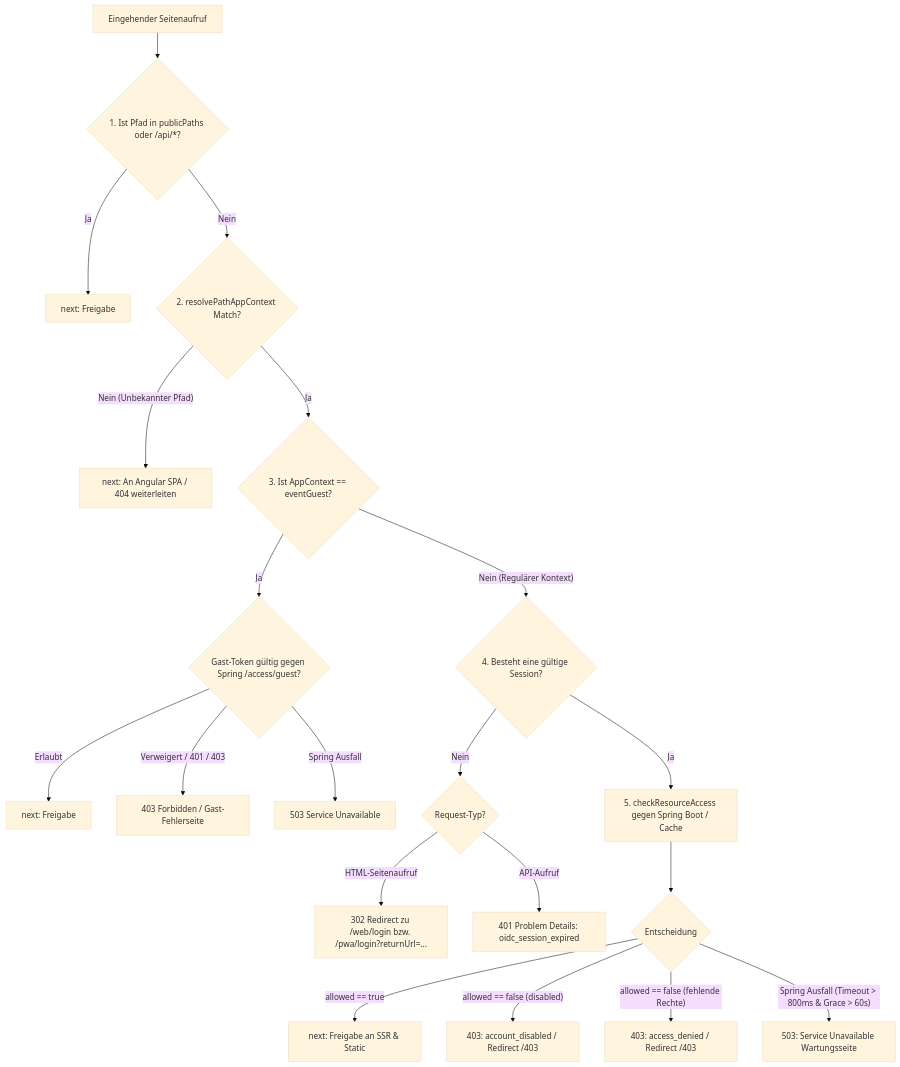
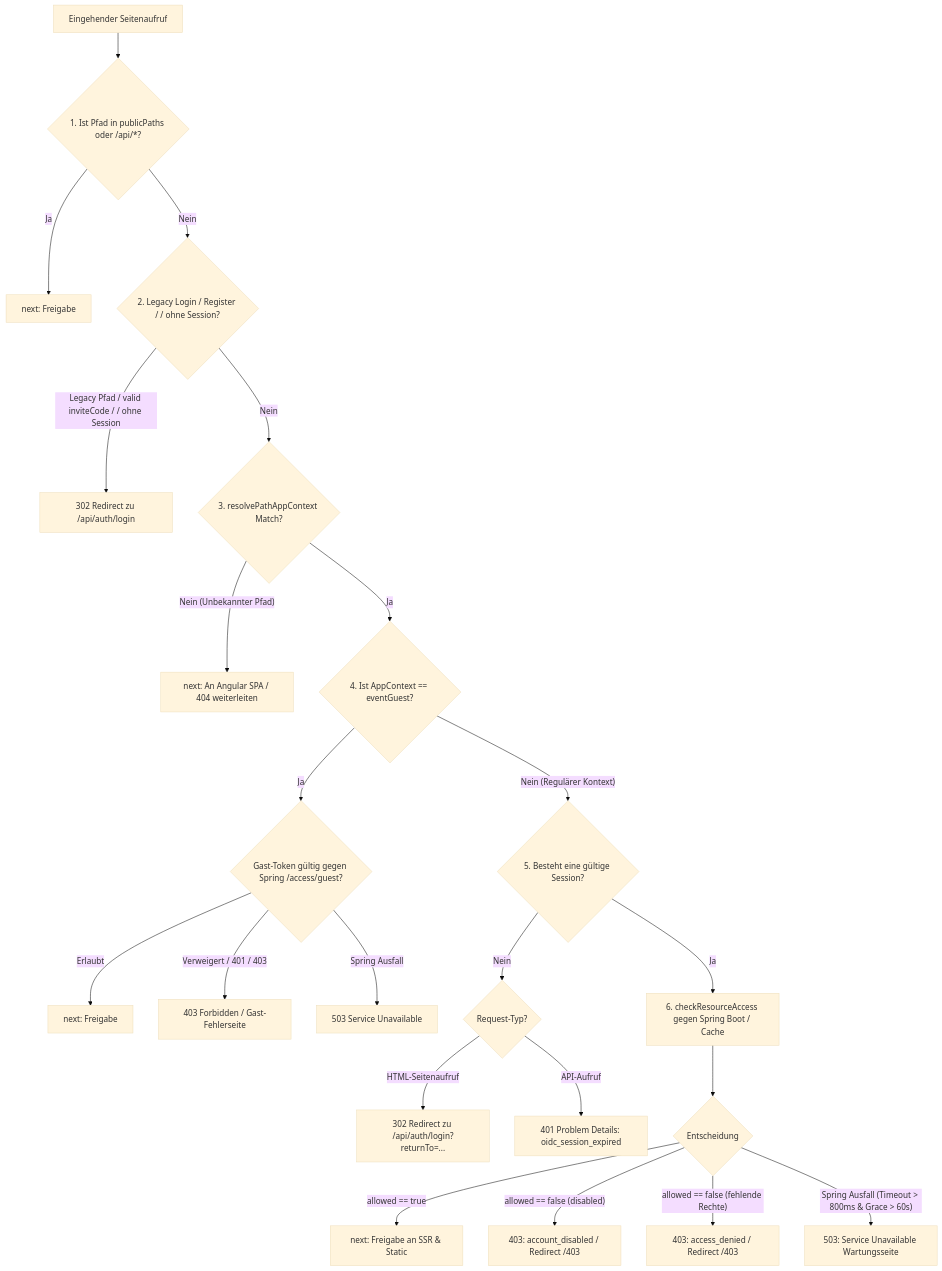
Before and after one commit to damaurer/vereint: the diagram in docs/backend-for-frontend/04-authorization.md, drawn with Mermaid (base theme). The commit also changed other lines of this file and 40 other files, not shown here.

Commit message:
Remove unused login, registration, and password reset components; simplify authentication routes and redirect logic, consolidating login endpoints into Keycloak.

````diff
--- a/docs/backend-for-frontend/04-authorization.md
+++ b/docs/backend-for-frontend/04-authorization.md
@@ -46,26 +49,29 @@
 ```mermaid
 graph TD
   Start[Eingehender Seitenaufruf] --> Step1{1. Ist Pfad in publicPaths oder /api/*?}
   Step1 -- Ja --> Next1[next: Freigabe]
-  Step1 -- Nein --> Step2{2. resolvePathAppContext Match?}
+  Step1 -- Nein --> StepLegacy{2. Legacy Login / Register / / ohne Session?}
+  
+  StepLegacy -- Legacy Pfad / valid inviteCode / / ohne Session --> RedirLoginDirect[302 Redirect zu /api/auth/login]
+  StepLegacy -- Nein --> Step2{3. resolvePathAppContext Match?}
   
   Step2 -- Nein (Unbekannter Pfad) --> Next2[next: An Angular SPA / 404 weiterleiten]
-  Step2 -- Ja --> Step3{3. Ist AppContext == eventGuest?}
+  Step2 -- Ja --> Step3{4. Ist AppContext == eventGuest?}
   
   Step3 -- Ja --> GuestCheck{Gast-Token gültig gegen Spring /access/guest?}
   GuestCheck -- Erlaubt --> Next3[next: Freigabe]
   GuestCheck -- Verweigert / 401 / 403 --> DenyGuest[403 Forbidden / Gast-Fehlerseite]
   GuestCheck -- Spring Ausfall --> OutageGuest[503 Service Unavailable]
   
-  Step3 -- Nein (Regulärer Kontext) --> Step4{4. Besteht eine gültige Session?}
+  Step3 -- Nein (Regulärer Kontext) --> Step4{5. Besteht eine gültige Session?}
   Step4 -- Nein --> LoginRedir{Request-Typ?}
-  LoginRedir -- HTML-Seitenaufruf --> RedirLogin[302 Redirect zu /web/login bzw. /pwa/login?returnUrl=...]
+  LoginRedir -- HTML-Seitenaufruf --> RedirLogin[302 Redirect zu /api/auth/login?returnTo=...]
   LoginRedir -- API-Aufruf --> Prob401[401 Problem Details: oidc_session_expired]
   
-  Step4 -- Ja --> Step5[5. checkResourceAccess gegen Spring Boot / Cache]
+  Step4 -- Ja --> Step5[6. checkResourceAccess gegen Spring Boot / Cache]
   Step5 --> DecisionCheck{Entscheidung}
   DecisionCheck -- allowed == true --> Next4[next: Freigabe an SSR & Static]
   DecisionCheck -- allowed == false (disabled) --> DenyDisabled[403: account_disabled / Redirect /403]
   DecisionCheck -- allowed == false (fehlende Rechte) --> DenyPerms[403: access_denied / Redirect /403]
   DecisionCheck -- Spring Ausfall (Timeout > 800ms & Grace > 60s) --> FailClosed[503: Service Unavailable Wartungsseite]
 ```
````
